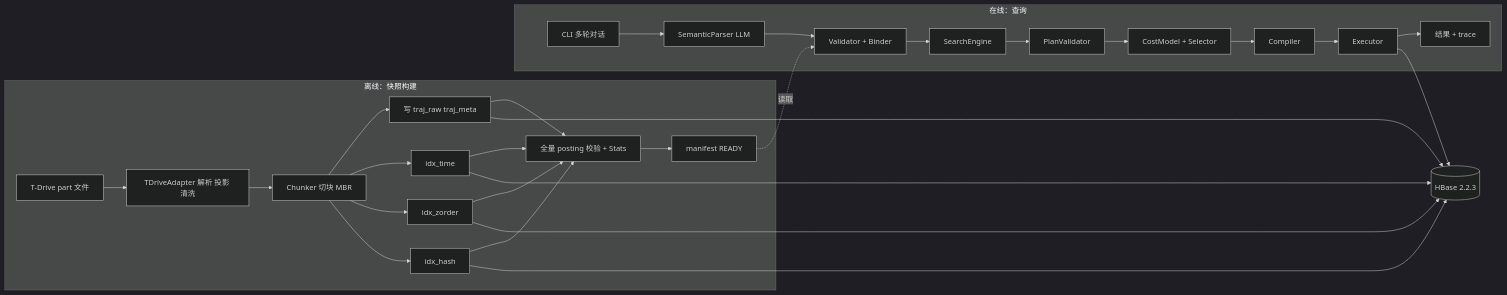
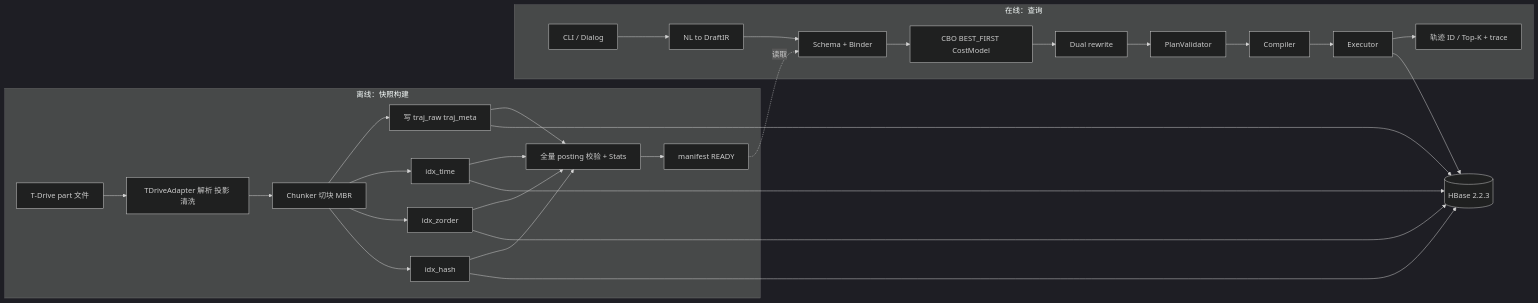
Before and after one commit to Jaytang1222/LLM_drivens_Queries_KV: the first of 2 diagrams in spec/design.md, drawn with Mermaid (dark theme). The commit also changed other lines of this file and 473 other files, not shown here.

First line of the commit message:
Switch formal KART planning to CBO plus dual rewrite and drop stale refine dumps.

````diff
--- a/spec/design.md
+++ b/spec/design.md
@@ -47,32 +49,32 @@
 ```mermaid
 flowchart LR
   subgraph offline [离线：快照构建]
     TD[T-Drive part 文件] --> Adapter[TDriveAdapter 解析 投影 清洗]
     Adapter --> Chunker[Chunker 切块 MBR]
     Chunker --> Writer[写 traj_raw traj_meta]
     Chunker --> IdxT[idx_time]
     Chunker --> IdxZ[idx_zorder]
     Chunker --> IdxH[idx_hash]
     Writer --> Verify[全量 posting 校验 + Stats]
     IdxT --> Verify
     IdxZ --> Verify
     IdxH --> Verify
     Verify --> Manifest[manifest READY]
   end
   subgraph online [在线：查询]
-    CLI[CLI 多轮对话] --> Parser[SemanticParser LLM]
-    Parser --> Binder[Validator + Binder]
-    Binder --> Search[SearchEngine]
-    Search --> Val[PlanValidator]
-    Val --> Cost[CostModel + Selector]
-    Cost --> Comp[Compiler]
+    CLI[CLI / Dialog] --> Parser[NL to DraftIR]
+    Parser --> Binder[Schema + Binder]
+    Binder --> CBO[CBO BEST_FIRST CostModel]
+    CBO --> Dual[Dual rewrite]
+    Dual --> Val[PlanValidator]
+    Val --> Comp[Compiler]
     Comp --> Exec[Executor]
-    Exec --> Out[结果 + trace]
+    Exec --> Out[轨迹 ID / Top-K + trace]
   end
   Manifest -.读取.-> Binder
   Exec --> HB[(HBase 2.2.3)]
   Writer --> HB
   IdxT --> HB
   IdxZ --> HB
   IdxH --> HB
 ```
````
